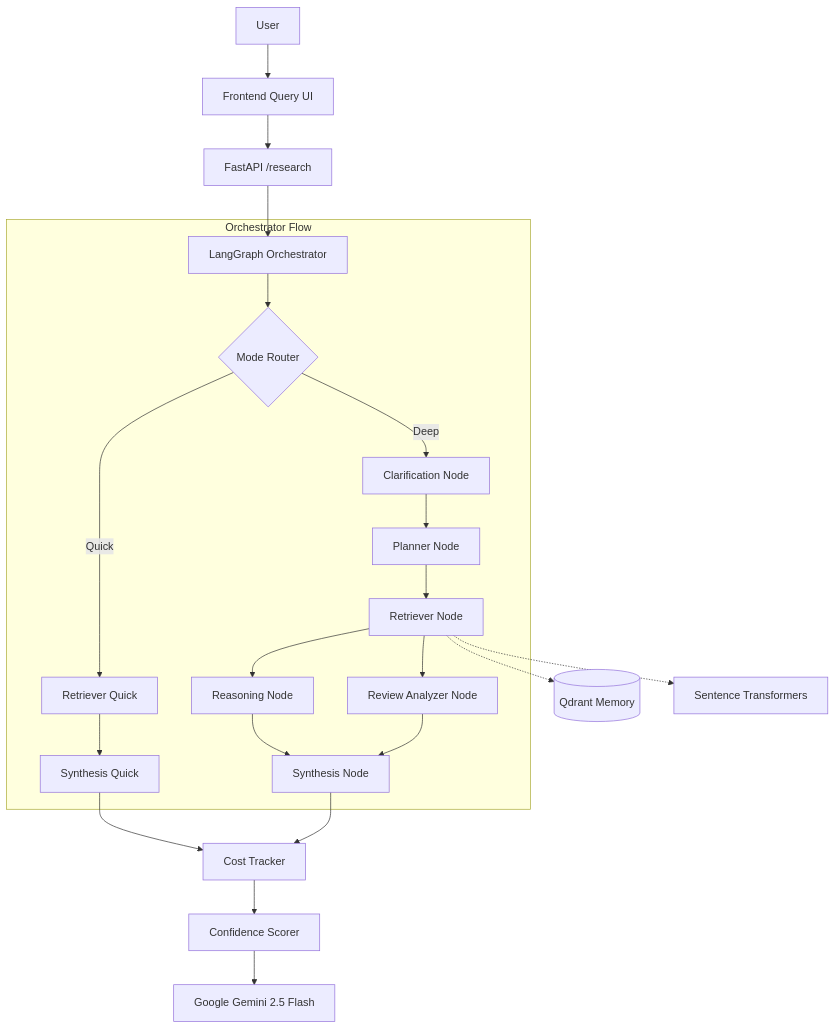
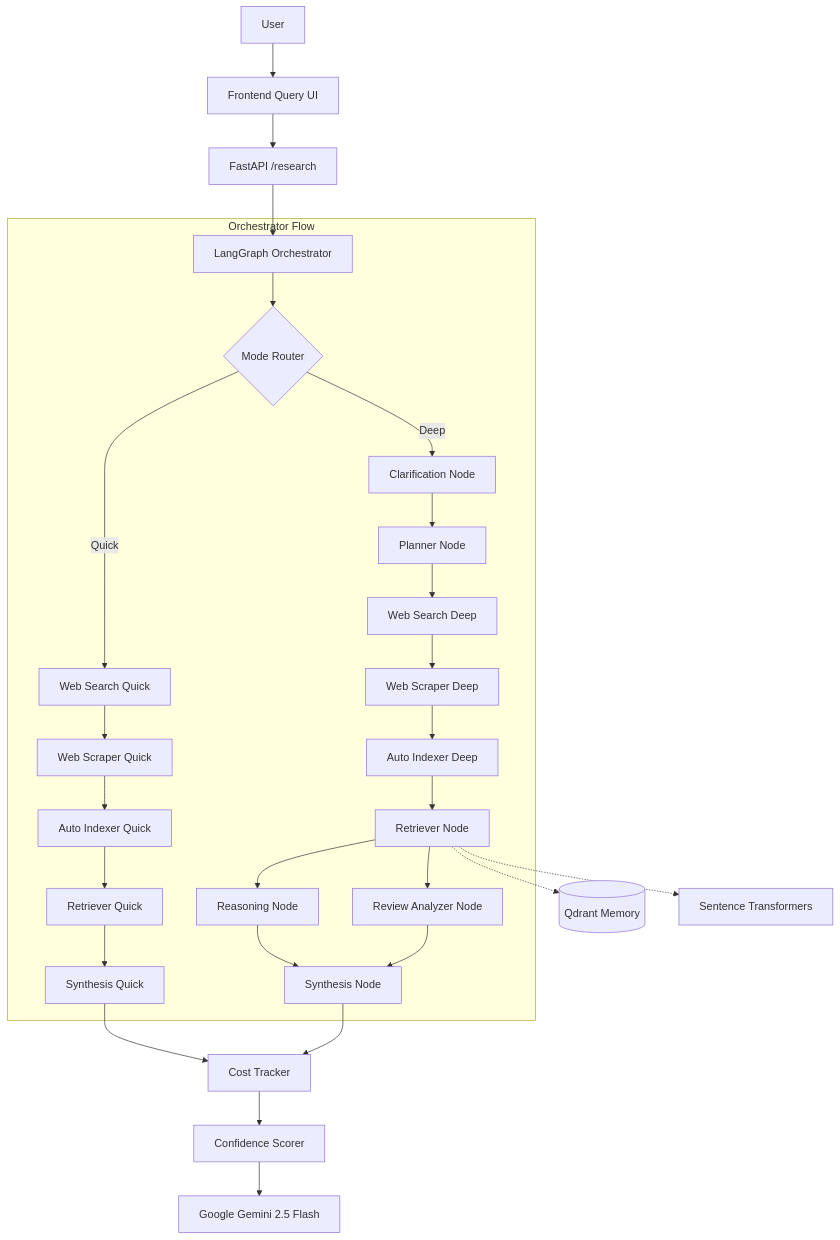
One commit to Aditsharma12/Auto_research changed the first of 2 diagrams in README.md. Above: the diagram before and after it, drawn with Mermaid. The commit also changed other lines of this file and 15 other files, not shown here.

````diff
--- a/README.md
+++ b/README.md
@@ -97,35 +100,41 @@
 ```mermaid
 graph TD
     User --> Frontend[Frontend Query UI]
     Frontend --> API[FastAPI /research]
     API --> Orchestrator[LangGraph Orchestrator]
 
     subgraph "Orchestrator Flow"
         Orchestrator --> Mode{Mode Router}
         
         %% Quick Path
-        Mode -- Quick --> R_Quick[Retriever Quick]
+        Mode -- Quick --> WebSearchQ[Web Search Quick]
+        WebSearchQ --> WebScraperQ[Web Scraper Quick]
+        WebScraperQ --> AutoIndexerQ[Auto Indexer Quick]
+        AutoIndexerQ --> R_Quick[Retriever Quick]
         R_Quick --> S_Quick[Synthesis Quick]
         
         %% Deep Path
         Mode -- Deep --> Clarification[Clarification Node]
         Clarification --> Planner[Planner Node]
-        Planner --> Retriever[Retriever Node]
+        Planner --> WebSearchD[Web Search Deep]
+        WebSearchD --> WebScraperD[Web Scraper Deep]
+        WebScraperD --> AutoIndexerD[Auto Indexer Deep]
+        AutoIndexerD --> Retriever[Retriever Node]
         
         %% Parallel Execution
         Retriever --> Reasoning[Reasoning Node]
         Retriever --> ReviewAnalyzer[Review Analyzer Node]
         
         Reasoning --> Synthesis[Synthesis Node]
         ReviewAnalyzer --> Synthesis
     end
     
     Synthesis --> Cost[Cost Tracker]
     S_Quick --> Cost
     Cost --> Confidence[Confidence Scorer]
     Confidence --> LLM[Google Gemini 2.5 Flash]
     
     %% Data Sources
     Retriever -.-> Qdrant[(Qdrant Memory)]
     Retriever -.-> Embeddings[Sentence Transformers]
 ```
````
